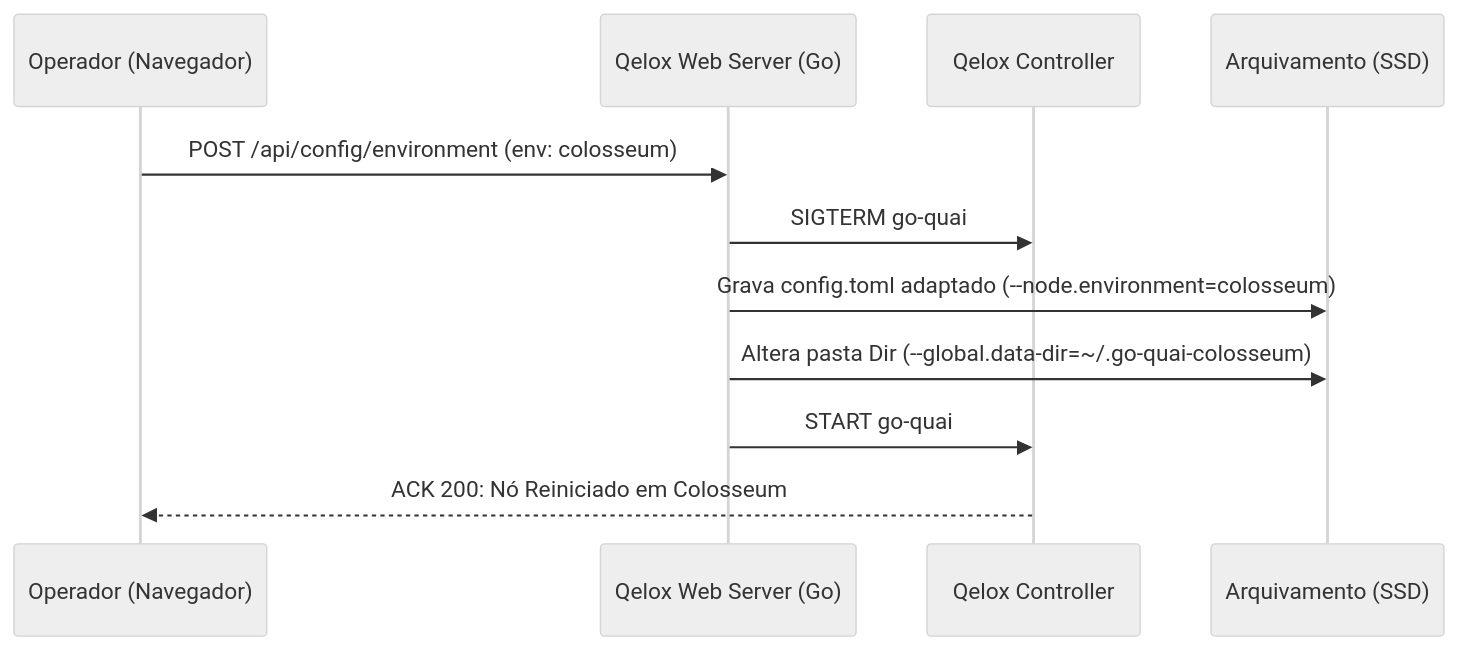
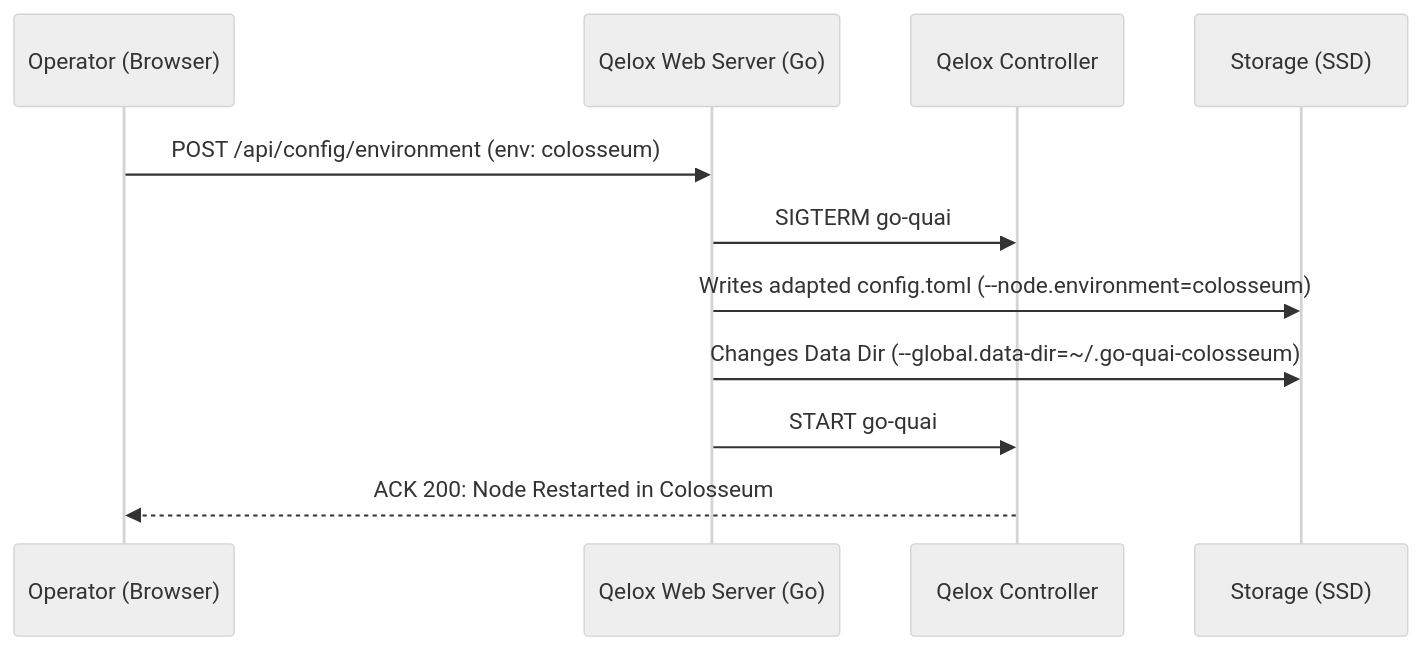
Before and after one commit to geniusdev-tech/qelox: the second of 2 diagrams in QELOX_Architecture_Report.md, drawn with Mermaid (neutral theme). The commit also changed other lines of this file and 13 other files, not shown here.

````diff
--- a/QELOX_Architecture_Report.md
+++ b/QELOX_Architecture_Report.md
@@ -67,14 +67,14 @@
 ```mermaid
 sequenceDiagram
-    participant Operador (Navegador)
+    participant Operator (Browser)
     participant Qelox Web Server (Go)
     participant Qelox Controller
-    participant Arquivamento (SSD)
+    participant Storage (SSD)
     
-    Operador (Navegador)->>Qelox Web Server (Go): POST /api/config/environment (env: colosseum)
+    Operator (Browser)->>Qelox Web Server (Go): POST /api/config/environment (env: colosseum)
     Qelox Web Server (Go)->>Qelox Controller: SIGTERM go-quai
-    Qelox Web Server (Go)->>Arquivamento (SSD): Grava config.toml adaptado (--node.environment=colosseum)
-    Qelox Web Server (Go)->>Arquivamento (SSD): Altera pasta Dir (--global.data-dir=~/.go-quai-colosseum)
+    Qelox Web Server (Go)->>Storage (SSD): Writes adapted config.toml (--node.environment=colosseum)
+    Qelox Web Server (Go)->>Storage (SSD): Changes Data Dir (--global.data-dir=~/.go-quai-colosseum)
     Qelox Web Server (Go)->>Qelox Controller: START go-quai
-    Qelox Controller-->>Operador (Navegador): ACK 200: Nó Reiniciado em Colosseum
+    Qelox Controller-->>Operator (Browser): ACK 200: Node Restarted in Colosseum
 ```
````
